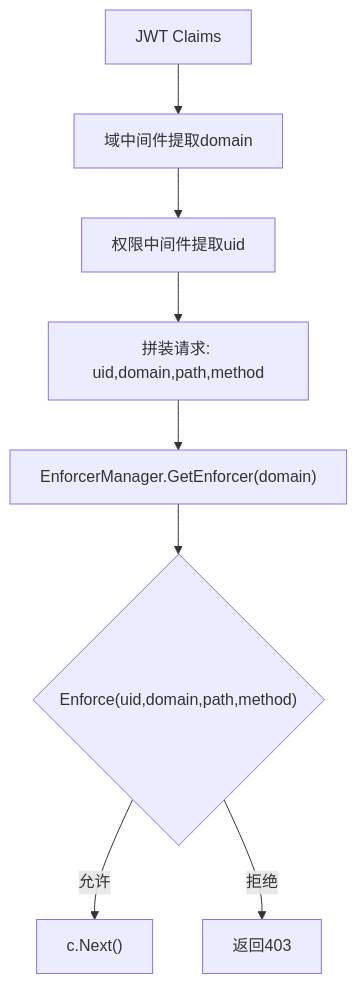
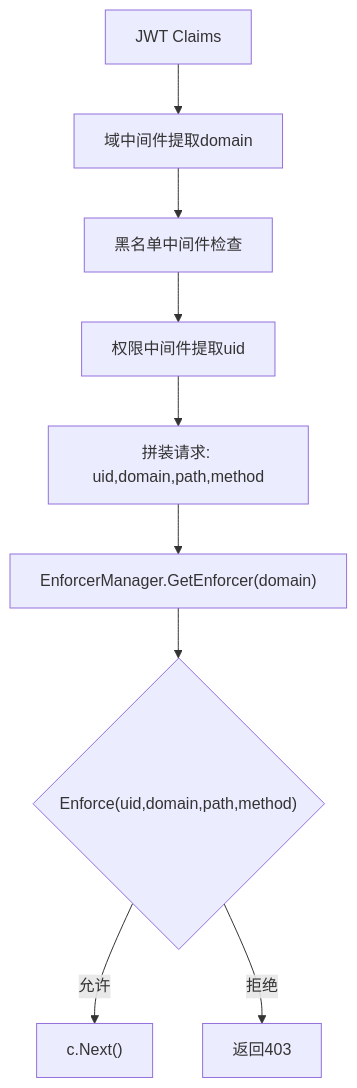
Before and after one commit to wuwuseo/e-sports-go-admin: the seventh of 8 diagrams in .qoder/repowiki/zh/content/开发指南/开发指南.md, drawn with Mermaid. The commit also changed other lines of this file and 42 other files, not shown here.

````diff
--- a/.qoder/repowiki/zh/content/开发指南/开发指南.md
+++ b/.qoder/repowiki/zh/content/开发指南/开发指南.md
@@ -257,10 +273,11 @@
 ```mermaid
 flowchart TD
 A["JWT Claims"] --> B["域中间件提取domain"]
-B --> C["权限中间件提取uid"]
-C --> D["拼装请求: uid,domain,path,method"]
-D --> E["EnforcerManager.GetEnforcer(domain)"]
-E --> F{"Enforce(uid,domain,path,method)"}
-F --> |允许| G["c.Next()"]
-F --> |拒绝| H["返回403"]
+B --> C["黑名单中间件检查"]
+C --> D["权限中间件提取uid"]
+D --> E["拼装请求: uid,domain,path,method"]
+E --> F["EnforcerManager.GetEnforcer(domain)"]
+F --> G{"Enforce(uid,domain,path,method)"}
+G --> |允许| H["c.Next()"]
+G --> |拒绝| I["返回403"]
 ```
````
